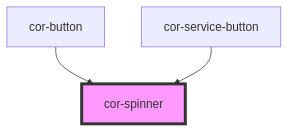
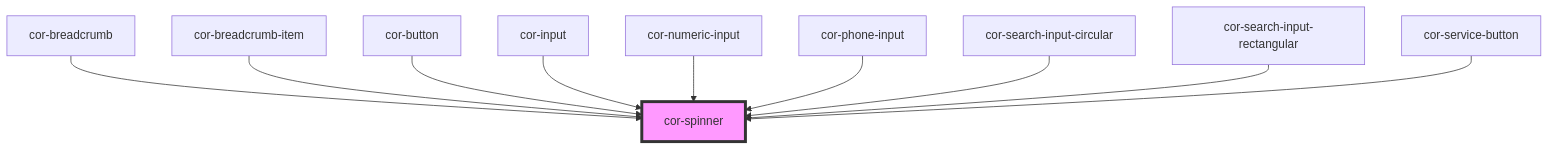
One commit to egov-moldova/design-system changed the diagram in src/components/cor-spinner/readme.md. Above: the diagram before and after it, drawn with Mermaid. The commit also changed other lines of this file and 20 other files, not shown here.

````diff
--- a/src/components/cor-spinner/readme.md
+++ b/src/components/cor-spinner/readme.md
@@ -32,6 +39,13 @@
 ```mermaid
 graph TD;
+  cor-breadcrumb --> cor-spinner
+  cor-breadcrumb-item --> cor-spinner
   cor-button --> cor-spinner
+  cor-input --> cor-spinner
+  cor-numeric-input --> cor-spinner
+  cor-phone-input --> cor-spinner
+  cor-search-input-circular --> cor-spinner
+  cor-search-input-rectangular --> cor-spinner
   cor-service-button --> cor-spinner
   style cor-spinner fill:#f9f,stroke:#333,stroke-width:4px
 ```
````
